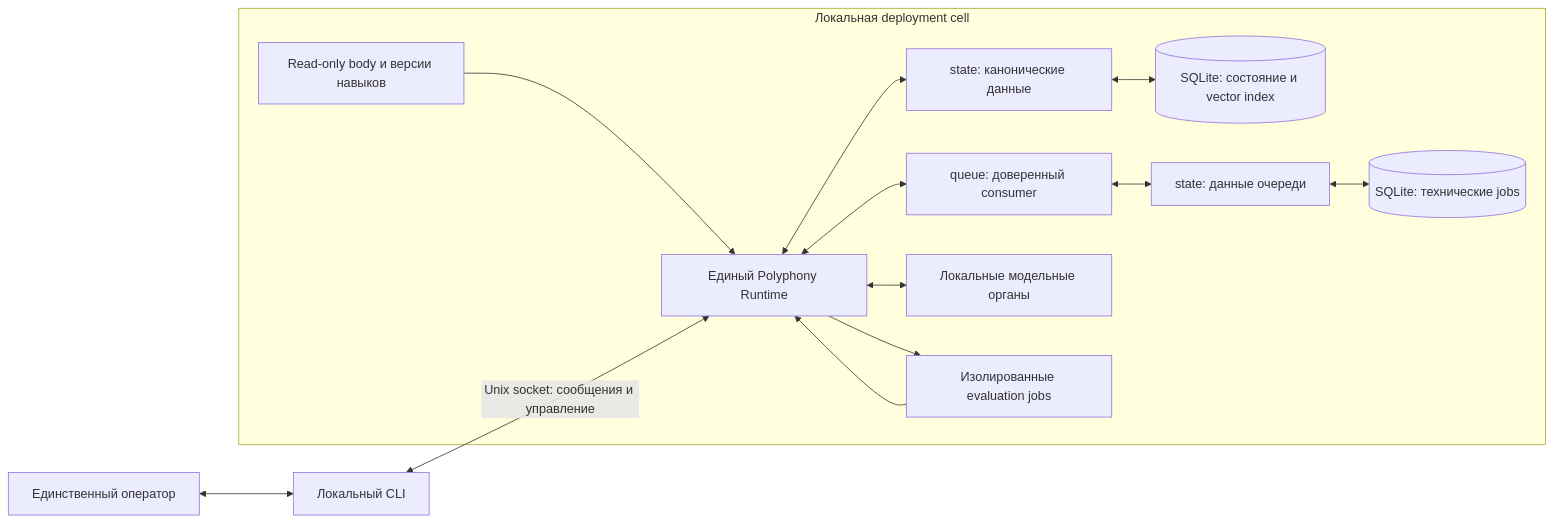
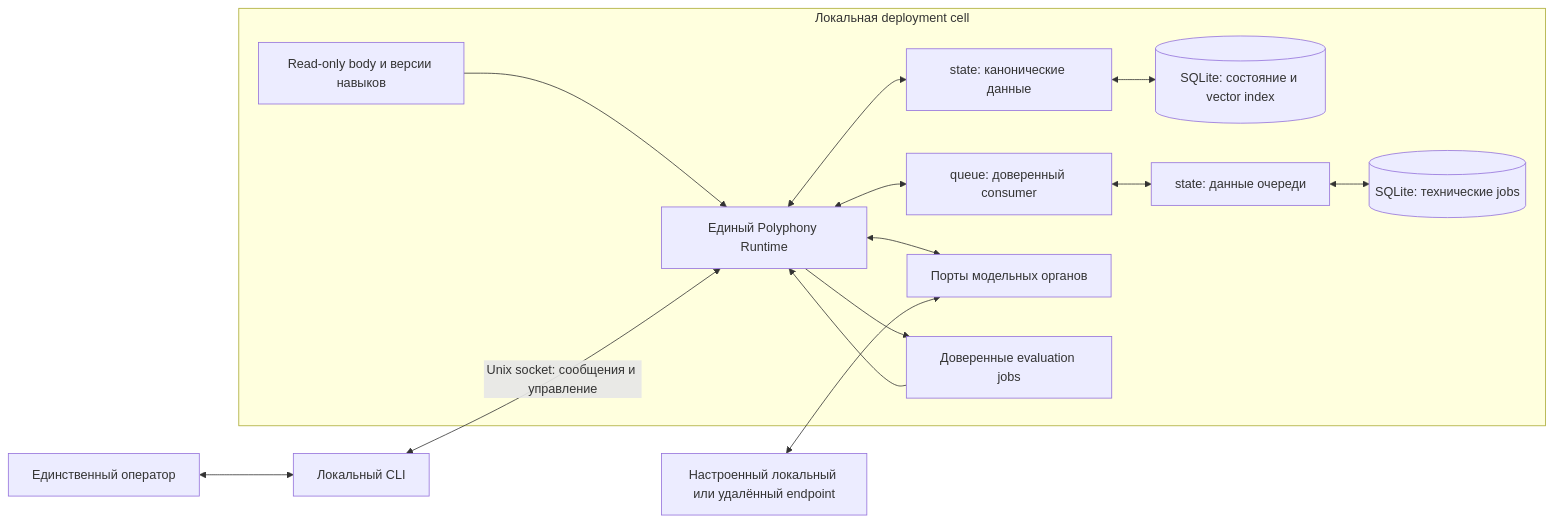
The first of 3 diagrams in docs/architecture.md (kostysh/yaagi), drawn with Mermaid before and after one commit. The commit also changed other lines of this file and 9 other files, not shown here.

````diff
--- a/docs/architecture.md
+++ b/docs/architecture.md
@@ -37,25 +39,26 @@
 ```mermaid
 flowchart LR
     Operator[Единственный оператор] <--> CLI[Локальный CLI]
     subgraph Cell[Локальная deployment cell]
         Runtime[Единый Polyphony Runtime]
         DB[(SQLite: состояние и vector index)]
         QueueDB[(SQLite: технические jobs)]
         State["state: канонические данные"]
         Queue["queue: доверенный consumer"]
         QueueState["state: данные очереди"]
-        Models[Локальные модельные органы]
-        Jobs[Изолированные evaluation jobs]
+        Models[Порты модельных органов]
+        Jobs[Доверенные evaluation jobs]
         Body[Read-only body и версии навыков]
         Runtime <--> State
         State <--> DB
         Runtime <--> Queue
         Queue <--> QueueState
         QueueState <--> QueueDB
         Runtime <--> Models
         Runtime --> Jobs
         Jobs --> Runtime
         Body --> Runtime
     end
+    Provider[Настроенный локальный или удалённый endpoint] <--> Models
     CLI <-->|Unix socket: сообщения и управление| Runtime
 ```
````
